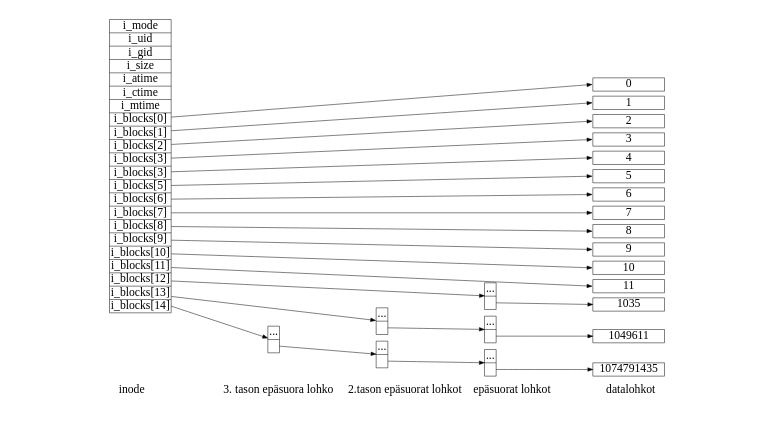
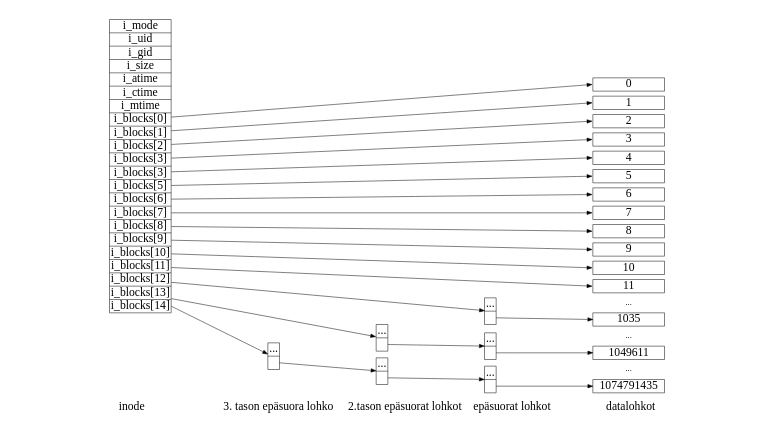
The diagram in gfx/ext2-blocks.dot (dezgeg/gradu), drawn with Graphviz before and after one commit. The commit also changed 1 other file, not shown here.

Commit message:
Dots to inode graphic

```diff
--- a/gfx/ext2-blocks.dot
+++ b/gfx/ext2-blocks.dot
@@ -1,105 +1,115 @@
 digraph ext2 {
     graph[fontsize=7,labeljust="l"];
     label="inode                           3. tason epäsuora lohko     2.tason epäsuorat lohkot    epäsuorat lohkot                   datalohkot";
     splines = false;
     rankdir = LR;
     nodesep = 0.04;
     ranksep = 0.8;
     node[fontsize=7,width=0.0,height=0.0,margin=0.0,penwidth=0.3];
     size = "0.0,0.0";
     edge[arrowsize=0.3,penwidth=0.3];
 
     // Group 1: Inode
     subgraph {
         rank = same;
         inode [shape=record,fontname="Ubuntu Mono",label="i_mode|i_uid|i_gid|i_size|i_atime|i_ctime|i_mtime|<b0>i_blocks[0]|<b1>i_blocks[1]|<b2>i_blocks[2]|<b3>i_blocks[3]|<b4>i_blocks[3]|<b5>i_blocks[5]|<b6>i_blocks[6]|<b7>i_blocks[7]|<b8>i_blocks[8]|<b9>i_blocks[9]|<b10>i_blocks[10]|<b11>i_blocks[11]|<idp1>i_blocks[12]|<idp2>i_blocks[13]|<idp3>i_blocks[14]"];
     }
 
     // Group 2: Triply indirect blocks
     subgraph {
         rank = same;
         idb3 [shape=record,label="...|<last>"];
     }
 
     // Group 3: Doubly indirect blocks
     subgraph {
         rank = same;
         idb2_2id [shape=record,label="...|<last>"];
         idb2_3id [shape=record,label="...|<last>"];
     }
 
     // Group 4: Indirect blocks
     subgraph {
         rank = same;
         idb1_1id [shape=record,label="...|<last>"];
         idb1_2id [shape=record,label="...|<last>"];
         idb1_3id [shape=record,label="...|<last>"];
     }
 
     // Group 5: Data blocks
     subgraph {
         rank = same;
         node[fontname="Ubuntu Mono",width=0.6,height=0.0,margin=0.00];
         b_d_0 [shape=box,label="0"];
         b_d_1 [shape=box,label="1"];
         b_d_2 [shape=box,label="2"];
         b_d_3 [shape=box,label="3"];
         b_d_4 [shape=box,label="4"];
         b_d_5 [shape=box,label="5"];
         b_d_6 [shape=box,label="6"];
         b_d_7 [shape=box,label="7"];
         b_d_8 [shape=box,label="8"];
         b_d_9 [shape=box,label="9"];
         b_d_10 [shape=box,label="10"];
         b_d_11 [shape=box,label="11"];
 
+        b_dots_1 [shape=plaintext,fontsize=5,label="..."];
+
         b_1id [shape=box,label="1035"];
 
+        b_dots_2 [shape=plaintext,fontsize=5,label="..."];
+
         b_2id [shape=box,label="1049611"];
+
+        b_dots_3 [shape=plaintext,fontsize=5,label="..."];
+
         b_3id [shape=box,label="1074791435"];
     }
 
     // inode -> triply indirect block connections
     inode:idp3 -> idb3;
 
     // inode -> doubly indirect block connections
     inode:idp2 -> idb2_2id;
 
     // inode -> indirect block connections
     inode:idp1 -> idb1_1id;
 
     // inode -> direct block connections
     inode:b0 -> b_d_0:w;
     inode:b1 -> b_d_1:w;
     inode:b2 -> b_d_2:w;
     inode:b3 -> b_d_3:w;
     inode:b4 -> b_d_4:w;
     inode:b5 -> b_d_5:w;
     inode:b6 -> b_d_6:w;
     inode:b7 -> b_d_7:w;
     inode:b8 -> b_d_8:w;
     inode:b9 -> b_d_9:w;
     inode:b10 -> b_d_10:w;
     inode:b11 -> b_d_11:w;
 
     // triply indirect block -> doubly indirect block connections
     idb3:last -> idb2_3id;
 
     // doubly indirect block -> indirect block connections
     idb2_2id:last -> idb1_2id;
     idb2_3id:last -> idb1_3id;
 
     // 1st indirect block -> direct block connections
     idb1_1id:last -> b_1id:w;
     idb1_2id:last -> b_2id:w;
     idb1_3id:last -> b_3id:w;
 
     // retarded crap
-    //b11:s   -> b12:n   [style=invis];
-    //b12:s   -> b1035:n [style=invis];
-    //b1035:s -> b1036:n [style=invis];
-    //b1036:s -> b2060:n [style=invis];
+    b_d_4:s   -> b_d_5:n   [style=invis];
+    b_d_5:s   -> b_d_6:n   [style=invis];
+    b_d_6:s   -> b_d_7:n   [style=invis];
 
-    //idb1:s -> idb2_0:n [style=invis];
-    //idb2_0:b1036:s -> idb2_1023:n [style=invis];
+    b_d_11:s   -> b_dots_1:n   [style=invis];
+    b_dots_1:s   -> b_1id:n    [style=invis];
+    b_1id:s   -> b_dots_2:n    [style=invis];
+    b_dots_2:s   -> b_2id:n    [style=invis];
+    b_2id:s   -> b_dots_3:n    [style=invis];
+    b_dots_3:n -> b_3id:n [style=invis];
 }
```
